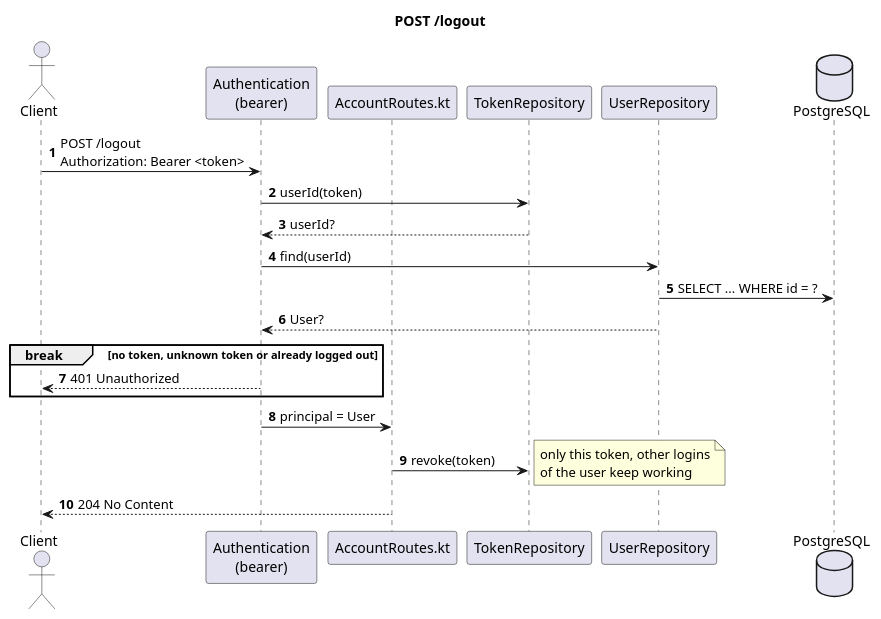
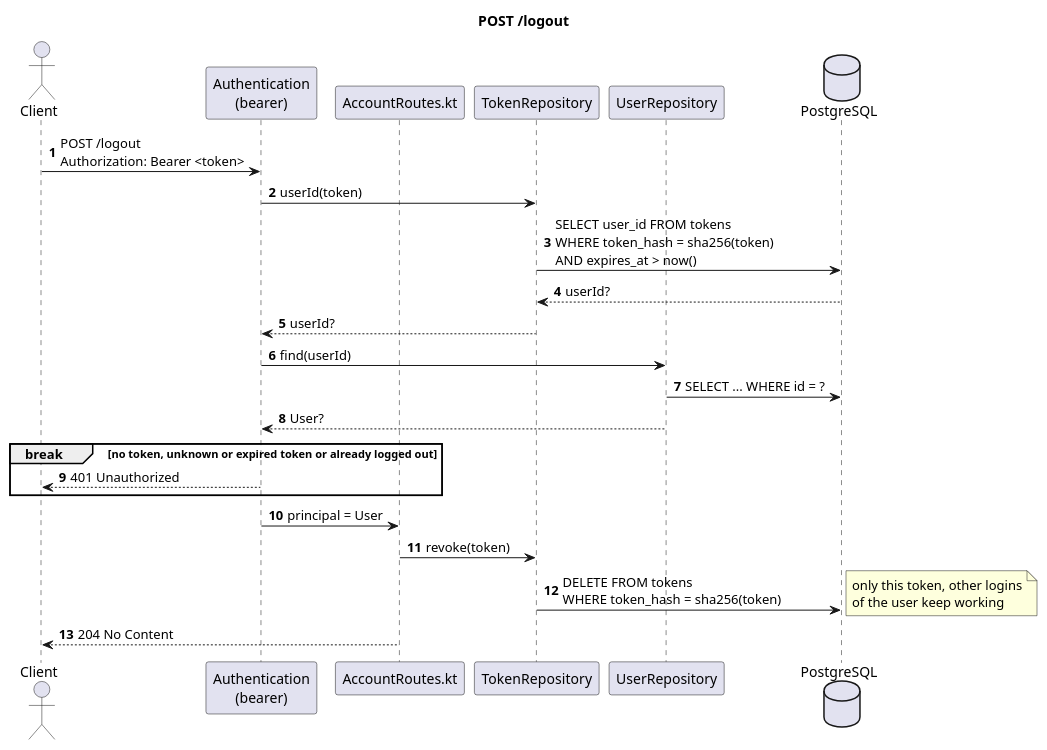
Before and after one commit to Rent-a-car-38291/rent-a-car: the diagram in docs/diagrams/sequence-logout.puml, drawn with PlantUML. The commit also changed 29 other files, not shown here.

```diff
--- a/docs/diagrams/sequence-logout.puml
+++ b/docs/diagrams/sequence-logout.puml
@@ -1,27 +1,30 @@
 @startuml
 title POST /logout
 autonumber
 
 actor Client
 participant "Authentication\n(bearer)" as Auth
 participant "AccountRoutes.kt" as Route
 participant TokenRepository
 participant UserRepository
 database PostgreSQL
 
 Client -> Auth : POST /logout\nAuthorization: Bearer <token>
 Auth -> TokenRepository : userId(token)
+TokenRepository -> PostgreSQL : SELECT user_id FROM tokens\nWHERE token_hash = sha256(token)\nAND expires_at > now()
+PostgreSQL --> TokenRepository : userId?
 TokenRepository --> Auth : userId?
 Auth -> UserRepository : find(userId)
 UserRepository -> PostgreSQL : SELECT ... WHERE id = ?
 UserRepository --> Auth : User?
-break no token, unknown token or already logged out
+break no token, unknown or expired token or already logged out
   Auth --> Client : 401 Unauthorized
 end
 Auth -> Route : principal = User
 
 Route -> TokenRepository : revoke(token)
+TokenRepository -> PostgreSQL : DELETE FROM tokens\nWHERE token_hash = sha256(token)
 note right : only this token, other logins\nof the user keep working
 Route --> Client : 204 No Content
 
 @enduml
```
